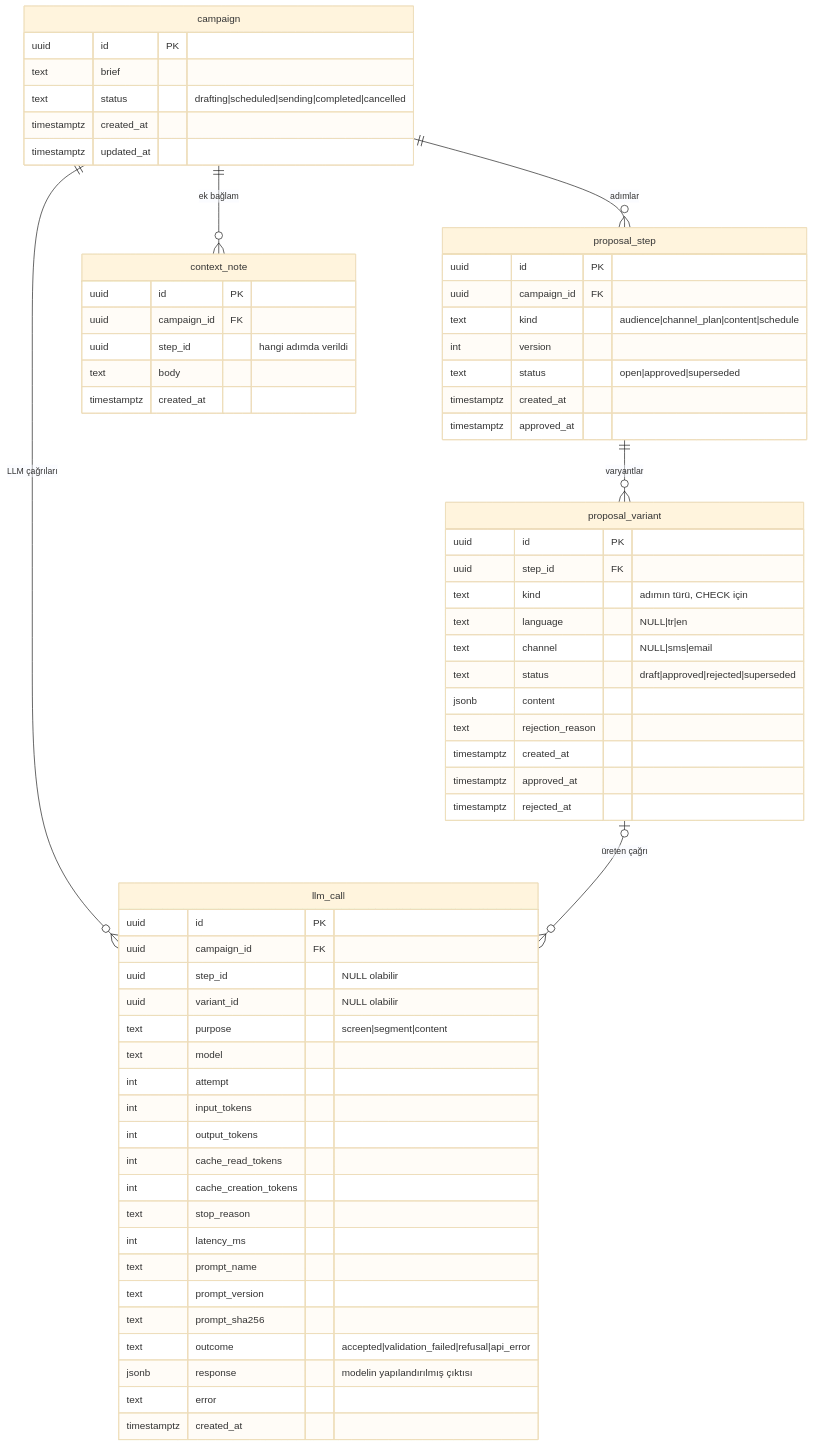
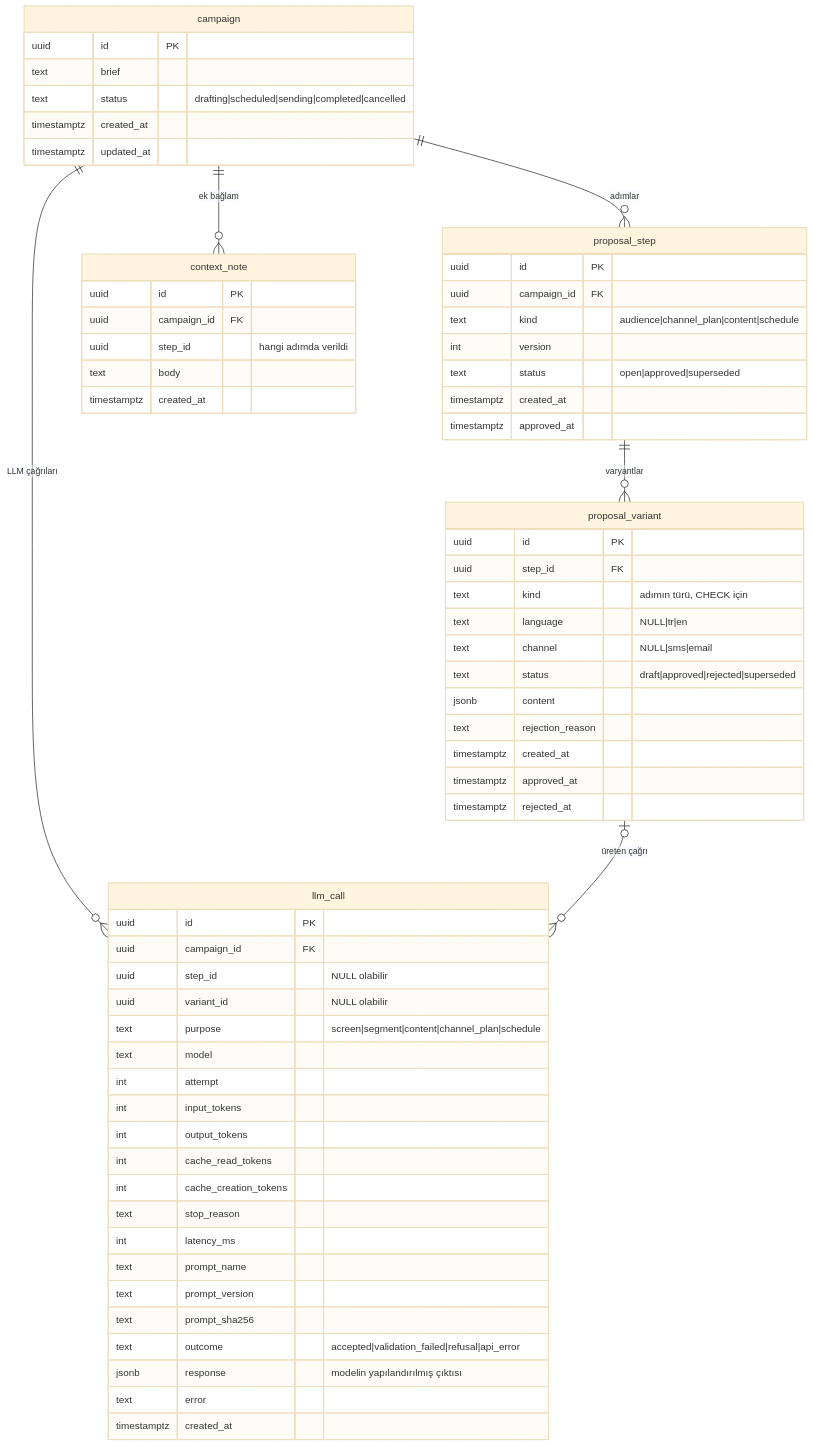
Before and after one commit to furknozg/coldbru: the second of 8 diagrams in docs/domain-model.md, drawn with Mermaid (base theme). The commit also changed other lines of this file and 48 other files, not shown here.

Commit message:
T-023: proposal flow, plan and schedule calls, migration 00003

````diff
--- a/docs/domain-model.md
+++ b/docs/domain-model.md
@@ -89,67 +89,67 @@
 ```mermaid
 erDiagram
     campaign ||--o{ proposal_step : "adımlar"
     proposal_step ||--o{ proposal_variant : "varyantlar"
     campaign ||--o{ context_note : "ek bağlam"
     campaign ||--o{ llm_call : "LLM çağrıları"
     proposal_variant |o--o{ llm_call : "üreten çağrı"
 
     campaign {
         uuid id PK
         text brief
         text status "drafting|scheduled|sending|completed|cancelled"
         timestamptz created_at
         timestamptz updated_at
     }
     proposal_step {
         uuid id PK
         uuid campaign_id FK
         text kind "audience|channel_plan|content|schedule"
         int version
         text status "open|approved|superseded"
         timestamptz created_at
         timestamptz approved_at
     }
     proposal_variant {
         uuid id PK
         uuid step_id FK
         text kind "adımın türü, CHECK için"
         text language "NULL|tr|en"
         text channel "NULL|sms|email"
         text status "draft|approved|rejected|superseded"
         jsonb content
         text rejection_reason
         timestamptz created_at
         timestamptz approved_at
         timestamptz rejected_at
     }
     context_note {
         uuid id PK
         uuid campaign_id FK
         uuid step_id "hangi adımda verildi"
         text body
         timestamptz created_at
     }
     llm_call {
         uuid id PK
         uuid campaign_id FK
         uuid step_id "NULL olabilir"
         uuid variant_id "NULL olabilir"
-        text purpose "screen|segment|content"
+        text purpose "screen|segment|content|channel_plan|schedule"
         text model
         int attempt
         int input_tokens
         int output_tokens
         int cache_read_tokens
         int cache_creation_tokens
         text stop_reason
         int latency_ms
         text prompt_name
         text prompt_version
         text prompt_sha256
         text outcome "accepted|validation_failed|refusal|api_error"
         jsonb response "modelin yapılandırılmış çıktısı"
         text error
         timestamptz created_at
     }
 ```
````
